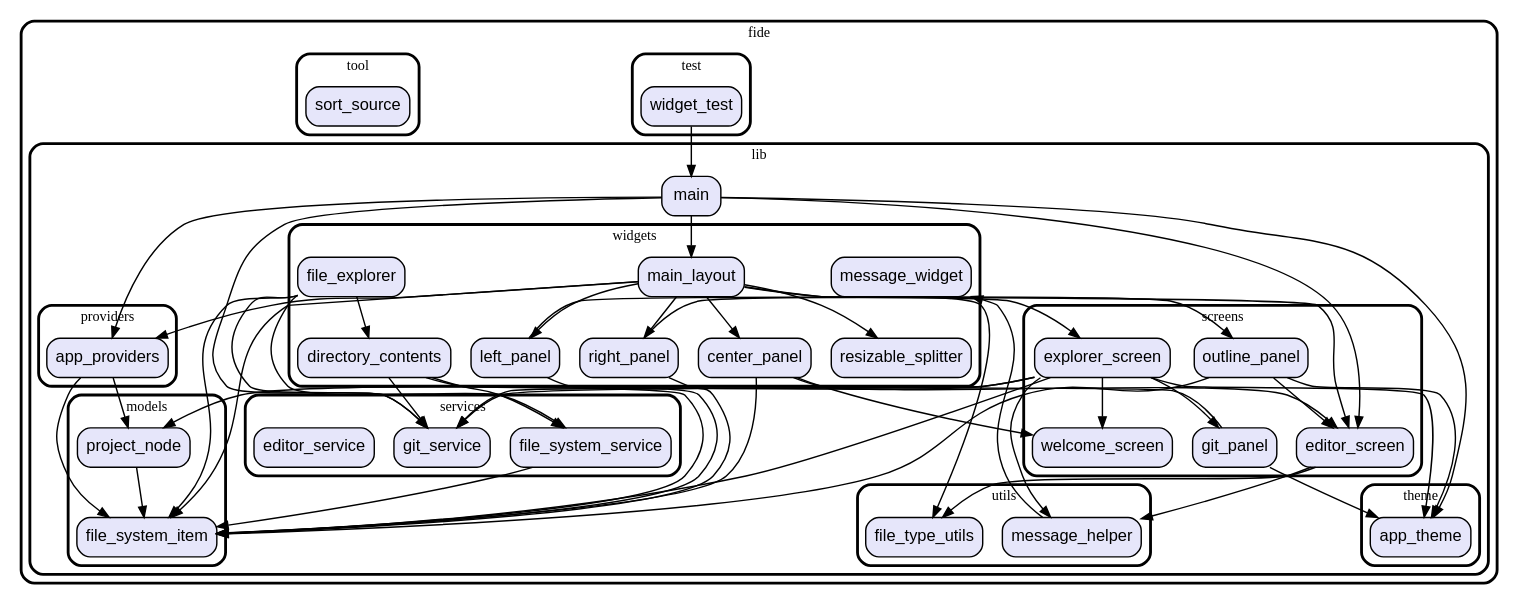
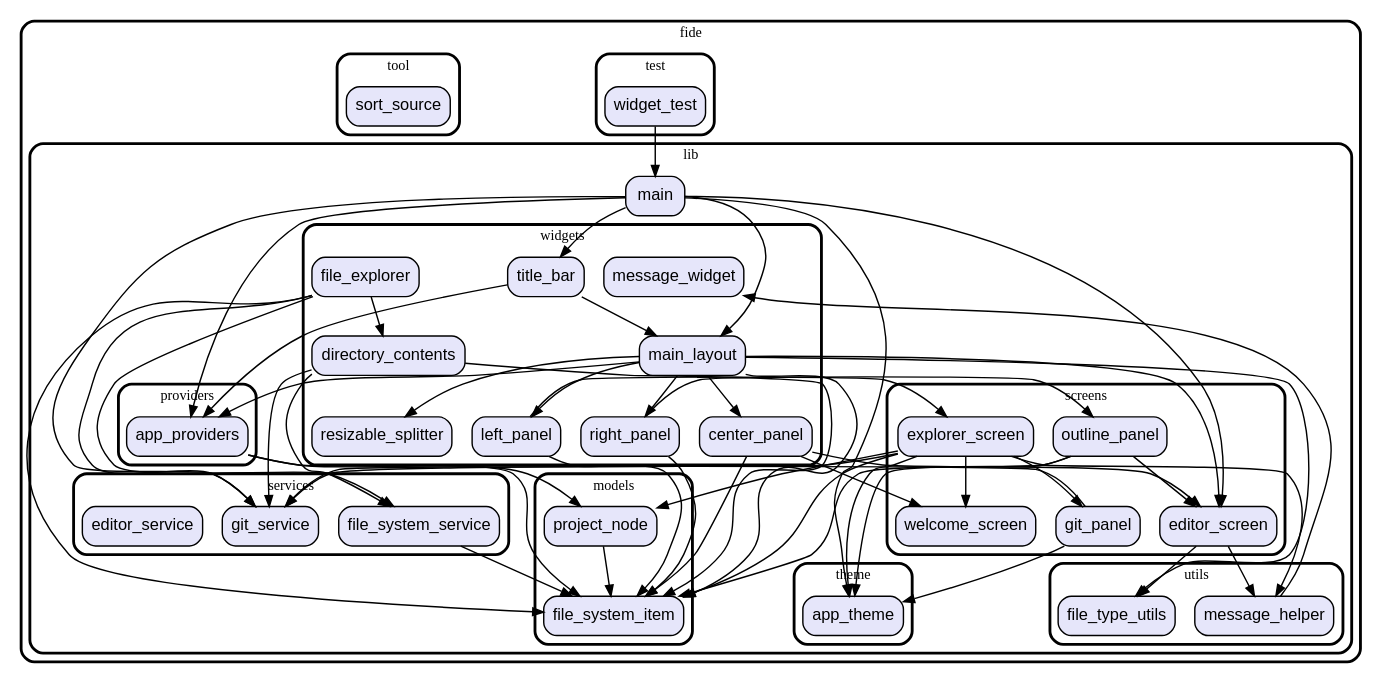
Before and after one commit to vteam-com/FIDE: the diagram in graph.dot, drawn with Graphviz. The commit also changed 15 other files, not shown here.

```diff
--- a/graph.dot
+++ b/graph.dot
@@ -1,135 +1,140 @@
 digraph "" {
   graph [style=rounded fontname="Arial Black" fontsize=13 penwidth=2.6];
   node [shape=rect style="filled,rounded" fontname=Arial fontsize=15 fillcolor=Lavender penwidth=1.3];
   edge [penwidth=1.3];
   "/test/widget_test.dart" [label="widget_test"];
   "/lib/providers/app_providers.dart" [label="app_providers"];
   "/lib/utils/message_helper.dart" [label="message_helper"];
   "/lib/utils/file_type_utils.dart" [label="file_type_utils"];
   "/lib/models/project_node.dart" [label="project_node"];
   "/lib/models/file_system_item.dart" [label="file_system_item"];
   "/lib/screens/git_panel.dart" [label="git_panel"];
   "/lib/screens/explorer_screen.dart" [label="explorer_screen"];
   "/lib/screens/outline_panel.dart" [label="outline_panel"];
   "/lib/screens/editor_screen.dart" [label="editor_screen"];
   "/lib/screens/welcome_screen.dart" [label="welcome_screen"];
   "/lib/main.dart" [label="main"];
   "/lib/theme/app_theme.dart" [label="app_theme"];
   "/lib/services/git_service.dart" [label="git_service"];
   "/lib/services/file_system_service.dart" [label="file_system_service"];
   "/lib/services/editor_service.dart" [label="editor_service"];
   "/lib/widgets/resizable_splitter.dart" [label="resizable_splitter"];
   "/lib/widgets/directory_contents.dart" [label="directory_contents"];
+  "/lib/widgets/title_bar.dart" [label="title_bar"];
   "/lib/widgets/main_layout.dart" [label="main_layout"];
   "/lib/widgets/file_explorer.dart" [label="file_explorer"];
   "/lib/widgets/message_widget.dart" [label="message_widget"];
   "/lib/widgets/left_panel.dart" [label="left_panel"];
   "/lib/widgets/center_panel.dart" [label="center_panel"];
   "/lib/widgets/right_panel.dart" [label="right_panel"];
   "/tool/sort_source.dart" [label="sort_source"];
   subgraph "cluster~" {
     label="fide";
     subgraph "cluster~/test" {
       label="test";
       "/test/widget_test.dart";
     }
     subgraph "cluster~/lib" {
       label="lib";
       "/lib/main.dart";
       subgraph "cluster~/lib/providers" {
         label="providers";
         "/lib/providers/app_providers.dart";
       }
       subgraph "cluster~/lib/utils" {
         label="utils";
         "/lib/utils/message_helper.dart";
         "/lib/utils/file_type_utils.dart";
       }
       subgraph "cluster~/lib/models" {
         label="models";
         "/lib/models/project_node.dart";
         "/lib/models/file_system_item.dart";
       }
       subgraph "cluster~/lib/screens" {
         label="screens";
         "/lib/screens/git_panel.dart";
         "/lib/screens/explorer_screen.dart";
         "/lib/screens/outline_panel.dart";
         "/lib/screens/editor_screen.dart";
         "/lib/screens/welcome_screen.dart";
       }
       subgraph "cluster~/lib/theme" {
         label="theme";
         "/lib/theme/app_theme.dart";
       }
       subgraph "cluster~/lib/services" {
         label="services";
         "/lib/services/git_service.dart";
         "/lib/services/file_system_service.dart";
         "/lib/services/editor_service.dart";
       }
       subgraph "cluster~/lib/widgets" {
         label="widgets";
         "/lib/widgets/resizable_splitter.dart";
         "/lib/widgets/directory_contents.dart";
+        "/lib/widgets/title_bar.dart";
         "/lib/widgets/main_layout.dart";
         "/lib/widgets/file_explorer.dart";
         "/lib/widgets/message_widget.dart";
         "/lib/widgets/left_panel.dart";
         "/lib/widgets/center_panel.dart";
         "/lib/widgets/right_panel.dart";
       }
     }
     subgraph "cluster~/tool" {
       label="tool";
       "/tool/sort_source.dart";
     }
   }
   "/test/widget_test.dart" -> "/lib/main.dart";
   "/lib/providers/app_providers.dart" -> "/lib/models/file_system_item.dart";
   "/lib/providers/app_providers.dart" -> "/lib/models/project_node.dart";
   "/lib/utils/message_helper.dart" -> "/lib/widgets/message_widget.dart";
   "/lib/models/project_node.dart" -> "/lib/models/file_system_item.dart";
   "/lib/screens/git_panel.dart" -> "/lib/theme/app_theme.dart";
   "/lib/screens/git_panel.dart" -> "/lib/services/git_service.dart";
   "/lib/screens/explorer_screen.dart" -> "/lib/models/project_node.dart";
   "/lib/screens/explorer_screen.dart" -> "/lib/models/file_system_item.dart";
   "/lib/screens/explorer_screen.dart" -> "/lib/services/git_service.dart";
   "/lib/screens/explorer_screen.dart" -> "/lib/utils/message_helper.dart";
   "/lib/screens/explorer_screen.dart" -> "/lib/screens/welcome_screen.dart";
   "/lib/screens/explorer_screen.dart" -> "/lib/screens/git_panel.dart";
   "/lib/screens/explorer_screen.dart" -> "/lib/theme/app_theme.dart";
   "/lib/screens/outline_panel.dart" -> "/lib/theme/app_theme.dart";
   "/lib/screens/outline_panel.dart" -> "/lib/models/file_system_item.dart";
   "/lib/screens/outline_panel.dart" -> "/lib/screens/editor_screen.dart";
   "/lib/screens/editor_screen.dart" -> "/lib/utils/message_helper.dart";
   "/lib/screens/editor_screen.dart" -> "/lib/utils/file_type_utils.dart";
   "/lib/main.dart" -> "/lib/providers/app_providers.dart";
   "/lib/main.dart" -> "/lib/widgets/main_layout.dart";
+  "/lib/main.dart" -> "/lib/widgets/title_bar.dart";
   "/lib/main.dart" -> "/lib/screens/editor_screen.dart";
   "/lib/main.dart" -> "/lib/services/git_service.dart";
   "/lib/main.dart" -> "/lib/theme/app_theme.dart";
   "/lib/services/file_system_service.dart" -> "/lib/models/file_system_item.dart";
   "/lib/widgets/directory_contents.dart" -> "/lib/services/file_system_service.dart";
   "/lib/widgets/directory_contents.dart" -> "/lib/services/git_service.dart";
   "/lib/widgets/directory_contents.dart" -> "/lib/models/file_system_item.dart";
+  "/lib/widgets/title_bar.dart" -> "/lib/providers/app_providers.dart";
+  "/lib/widgets/title_bar.dart" -> "/lib/widgets/main_layout.dart";
   "/lib/widgets/main_layout.dart" -> "/lib/screens/editor_screen.dart";
   "/lib/widgets/main_layout.dart" -> "/lib/providers/app_providers.dart";
   "/lib/widgets/main_layout.dart" -> "/lib/models/file_system_item.dart";
   "/lib/widgets/main_layout.dart" -> "/lib/utils/file_type_utils.dart";
   "/lib/widgets/main_layout.dart" -> "/lib/widgets/resizable_splitter.dart";
   "/lib/widgets/main_layout.dart" -> "/lib/widgets/left_panel.dart";
   "/lib/widgets/main_layout.dart" -> "/lib/widgets/center_panel.dart";
   "/lib/widgets/main_layout.dart" -> "/lib/widgets/right_panel.dart";
   "/lib/widgets/file_explorer.dart" -> "/lib/services/file_system_service.dart";
   "/lib/widgets/file_explorer.dart" -> "/lib/services/git_service.dart";
   "/lib/widgets/file_explorer.dart" -> "/lib/models/file_system_item.dart";
   "/lib/widgets/file_explorer.dart" -> "/lib/widgets/directory_contents.dart";
   "/lib/widgets/left_panel.dart" -> "/lib/screens/explorer_screen.dart";
   "/lib/widgets/left_panel.dart" -> "/lib/models/file_system_item.dart";
   "/lib/widgets/center_panel.dart" -> "/lib/screens/welcome_screen.dart";
   "/lib/widgets/center_panel.dart" -> "/lib/screens/editor_screen.dart";
   "/lib/widgets/center_panel.dart" -> "/lib/models/file_system_item.dart";
   "/lib/widgets/right_panel.dart" -> "/lib/screens/outline_panel.dart";
   "/lib/widgets/right_panel.dart" -> "/lib/models/file_system_item.dart";
 }
```
